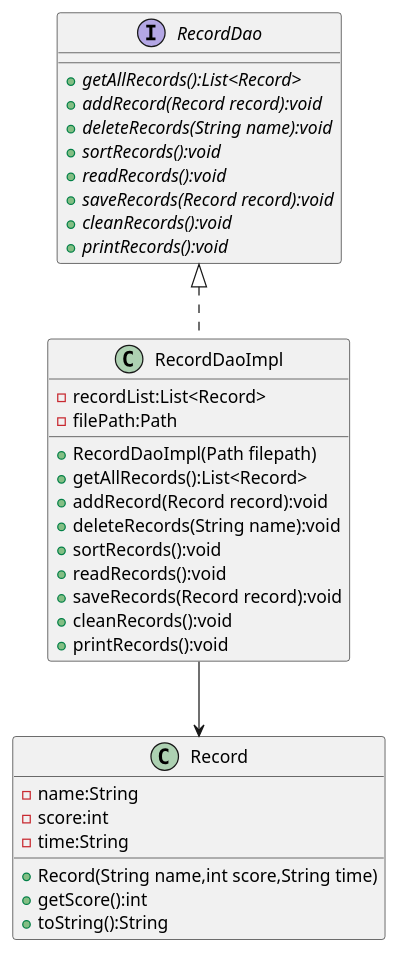
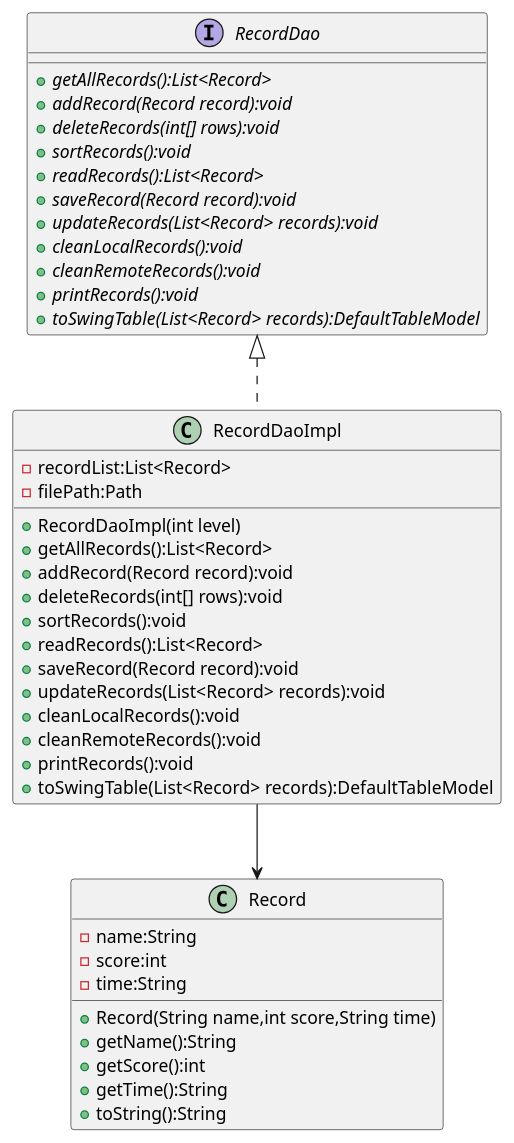
Before and after one commit to Lau-pq/AircraftWar: the diagram in uml/DAO.puml, drawn with PlantUML. The commit also changed 10 other files, not shown here.

Commit message:
feat: 完整版uml图

```diff
--- a/uml/DAO.puml
+++ b/uml/DAO.puml
@@ -1,41 +1,50 @@
 @startuml
 'https://plantuml.com/class-diagram
 
 class Record{
     - name:String
     - score:int
     - time:String
     + Record(String name,int score,String time)
+    + getName():String
     + getScore():int
+    + getTime():String
     + toString():String
 }
 
 RecordDaoImpl --> Record
 
 Interface RecordDao{
     + {abstract} getAllRecords():List<Record>
     + {abstract} addRecord(Record record):void
-    + {abstract} deleteRecords(String name):void
+    + {abstract} deleteRecords(int[] rows):void
     + {abstract} sortRecords():void
-    + {abstract} readRecords():void
-    + {abstract} saveRecords(Record record):void
-    + {abstract} cleanRecords():void
+    + {abstract} readRecords():List<Record>
+    + {abstract} saveRecord(Record record):void
+    + {abstract} updateRecords(List<Record> records):void
+    + {abstract} cleanLocalRecords():void
+    + {abstract} cleanRemoteRecords():void
     + {abstract} printRecords():void
+    + {abstract} toSwingTable(List<Record> records):DefaultTableModel
 }
 
 class RecordDaoImpl{
     - recordList:List<Record>
     - filePath:Path
-    + RecordDaoImpl(Path filepath)
+    + RecordDaoImpl(int level)
     + getAllRecords():List<Record>
     + addRecord(Record record):void
-    + deleteRecords(String name):void
+    + deleteRecords(int[] rows):void
     + sortRecords():void
-    + readRecords():void
-    + saveRecords(Record record):void
-    + cleanRecords():void
+    + readRecords():List<Record>
+    + saveRecord(Record record):void
+    + updateRecords(List<Record> records):void
+    + cleanLocalRecords():void
+    + cleanRemoteRecords():void
     + printRecords():void
+    + toSwingTable(List<Record> records):DefaultTableModel
 }
+
 RecordDao <|.. RecordDaoImpl
 
 @enduml
```
